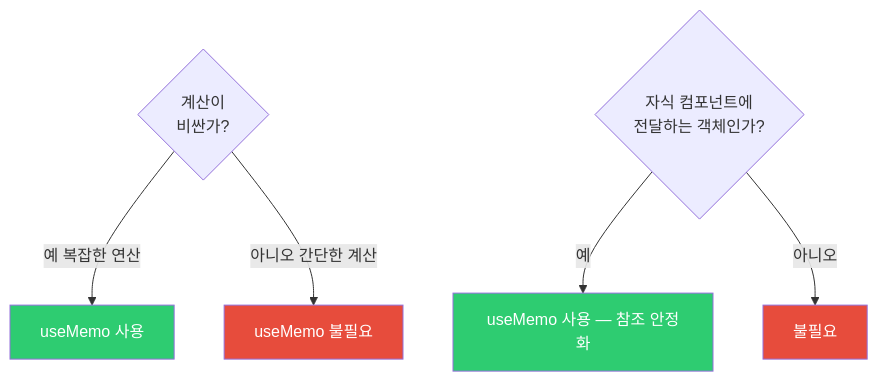
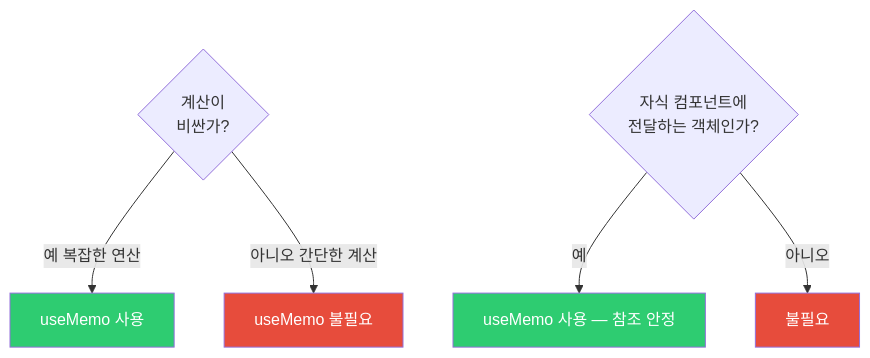
One commit to yjkim2015/yjkim2015.github.io changed the third of 6 diagrams in _posts/frontend/2026-05-02-react-hooks.md. Above: the diagram before and after it, drawn with Mermaid. The commit also changed other lines of this file and 271 other files, not shown here.

First line of the commit message:
Mermaid 라벨 축소: 긴 노드 텍스트 18자 이하로 트림 + \n 제거

````diff
--- a/_posts/frontend/2026-05-02-react-hooks.md
+++ b/_posts/frontend/2026-05-02-react-hooks.md
@@ -180,13 +180,13 @@
 ```mermaid
 flowchart TD
     A{"계산이<br>비싼가?"}
     A -->|"예 복잡한 연산"| B["useMemo 사용"]
     A -->|"아니오 간단한 계산"| C["useMemo 불필요"]
     D{"자식 컴포넌트에<br>전달하는 객체인가?"}
-    D -->|"예"| E["useMemo 사용 — 참조 안정화"]
+    D -->|"예"| E["useMemo 사용 — 참조 안정"]
     D -->|"아니오"| F["불필요"]
     style B fill:#2ecc71,color:#fff
     style C fill:#e74c3c,color:#fff
     style E fill:#2ecc71,color:#fff
     style F fill:#e74c3c,color:#fff
 ```
````
